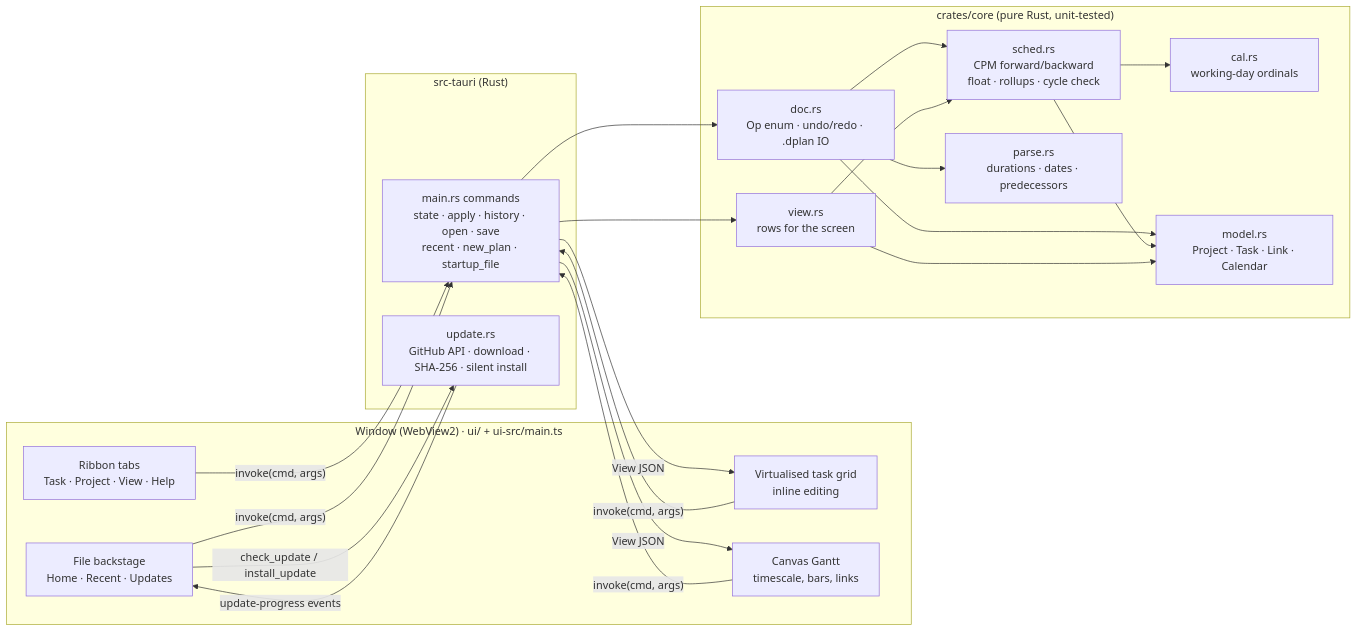
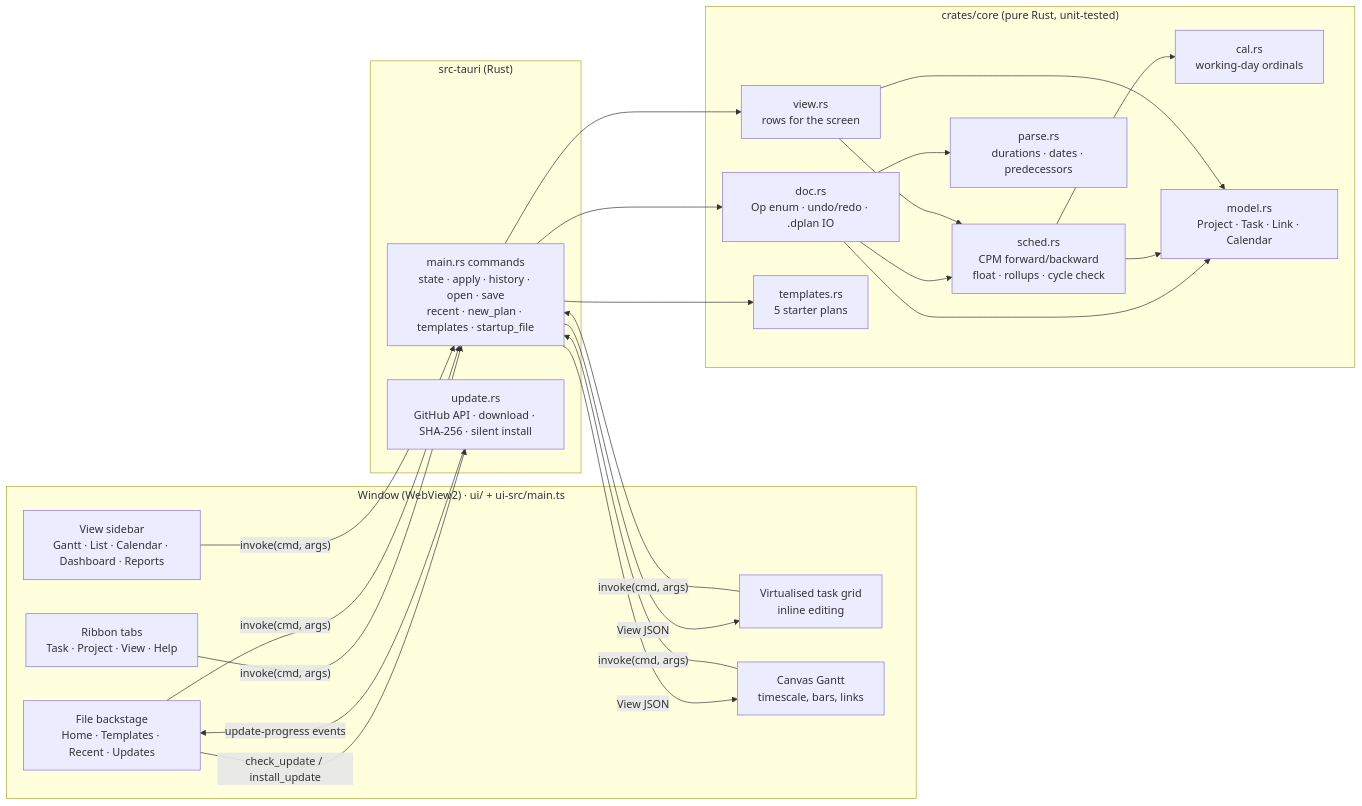
One commit to Edgar-Mendonca/Datum-Plan changed the first of 3 diagrams in docs/MEMORY.md. Above: the diagram before and after it, drawn with Mermaid. The commit also changed other lines of this file and 23 other files, not shown here.

First line of the commit message:
Datum Plan 0.1.1: light theme, view sidebar, templates, interactive Gantt, dashboard and progress reports

````diff
--- a/docs/MEMORY.md
+++ b/docs/MEMORY.md
@@ -20,29 +20,32 @@
 ```mermaid
 flowchart LR
   subgraph UI["Window (WebView2) · ui/ + ui-src/main.ts"]
     Ribbon[Ribbon tabs<br/>Task · Project · View · Help]
     Grid[Virtualised task grid<br/>inline editing]
     Gantt[Canvas Gantt<br/>timescale, bars, links]
-    Home[File backstage<br/>Home · Recent · Updates]
+    Home[File backstage<br/>Home · Templates · Recent · Updates]
+    Side[View sidebar<br/>Gantt · List · Calendar · Dashboard · Reports]
   end
   subgraph Shell["src-tauri (Rust)"]
-    Cmd[main.rs commands<br/>state · apply · history · open · save<br/>recent · new_plan · startup_file]
+    Cmd[main.rs commands<br/>state · apply · history · open · save<br/>recent · new_plan · templates · startup_file]
     Upd[update.rs<br/>GitHub API · download · SHA-256 · silent install]
   end
   subgraph Core["crates/core (pure Rust, unit-tested)"]
     Doc[doc.rs<br/>Op enum · undo/redo · .dplan IO]
     Sched[sched.rs<br/>CPM forward/backward<br/>float · rollups · cycle check]
     Cal[cal.rs<br/>working-day ordinals]
     Parse[parse.rs<br/>durations · dates · predecessors]
     View[view.rs<br/>rows for the screen]
     Model[model.rs<br/>Project · Task · Link · Calendar]
+    Tpl[templates.rs<br/>5 starter plans]
   end
-  Ribbon & Grid & Gantt & Home -- "invoke(cmd, args)" --> Cmd
+  Ribbon & Grid & Gantt & Home & Side -- "invoke(cmd, args)" --> Cmd
+  Cmd --> Tpl
   Cmd -- "View JSON" --> Grid & Gantt
   Home -- check_update / install_update --> Upd
   Upd -- "update-progress events" --> Home
   Cmd --> Doc --> Sched --> Cal
   Doc --> Parse
   Cmd --> View --> Sched
   Doc & Sched & View --> Model
 ```
````
